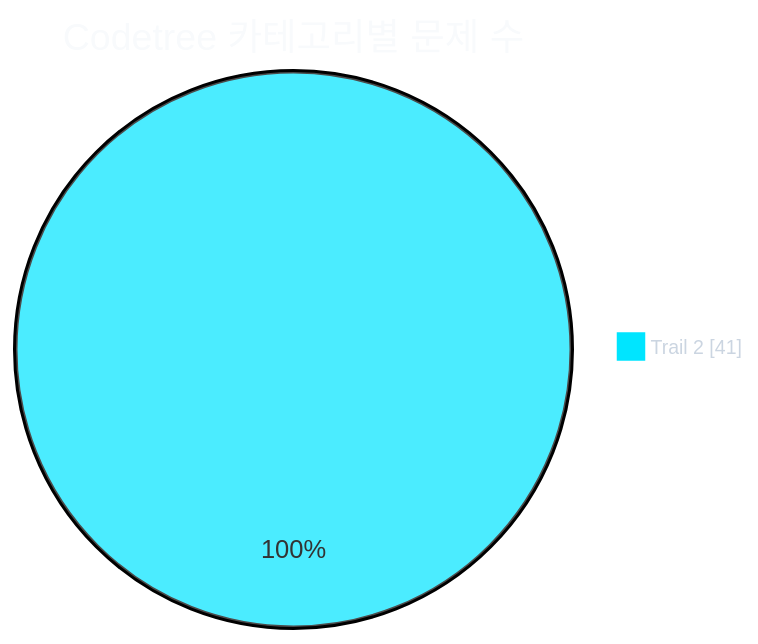
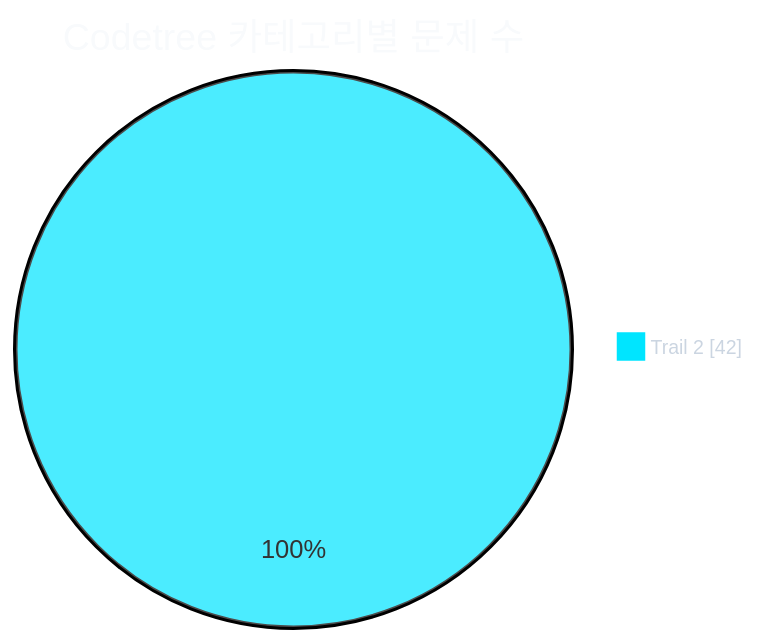
One commit to CHOOSLA/Algorithm changed the first of 2 diagrams in readme.md. Above: the diagram before and after it, drawn with Mermaid. The commit also changed other lines of this file and 2 other files, not shown here.

````diff
--- a/readme.md
+++ b/readme.md
@@ -31,21 +31,21 @@
 ```mermaid
 ---
 config:
   theme: base
   themeVariables:
     background: '#0d1117'
     pieTitleTextColor: '#f8fafc'
     pieLegendTextColor: '#cbd5e1'
     pieLegendTextSize: '13px'
     pie1: '#00e5ff'
     pie2: '#22c55e'
     pie3: '#f59e0b'
     pie4: '#a855f7'
     pie5: '#ec4899'
     pie6: '#3b82f6'
     pie7: '#64748b'
 ---
 pie showData
   title Codetree 카테고리별 문제 수
-  "Trail 2" : 41
+  "Trail 2" : 42
 ```
````
